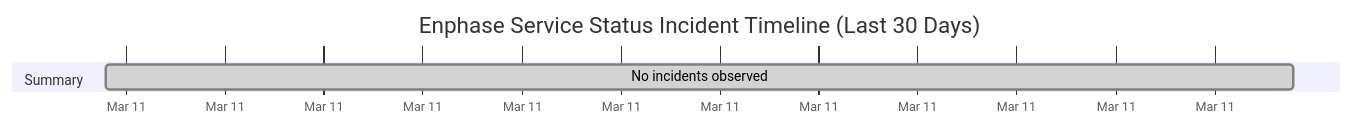
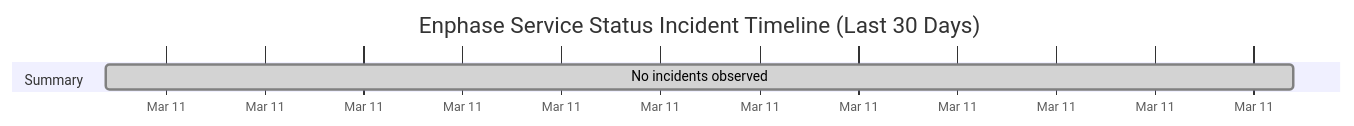
One commit to barneyonline/ha-enphase-ev-charger changed the diagram in wiki/Service-Status-History.md. Above: the diagram before and after it, drawn with Mermaid. The commit also changed other lines of this file and 3 other files, not shown here.

````diff
--- a/wiki/Service-Status-History.md
+++ b/wiki/Service-Status-History.md
@@ -14,8 +14,8 @@
 ```mermaid
 gantt
     title Enphase Service Status Incident Timeline (Last 30 Days)
     dateFormat  YYYY-MM-DDTHH:mm:ss
     axisFormat  %b %d
     section Summary
-    No incidents observed :done, 2026-03-11T05:41:39, 1m
+    No incidents observed :done, 2026-03-11T06:39:57, 1m
 ```
````
